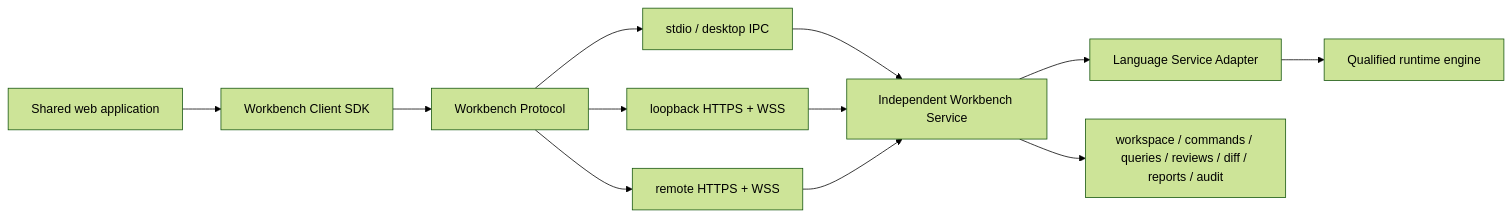
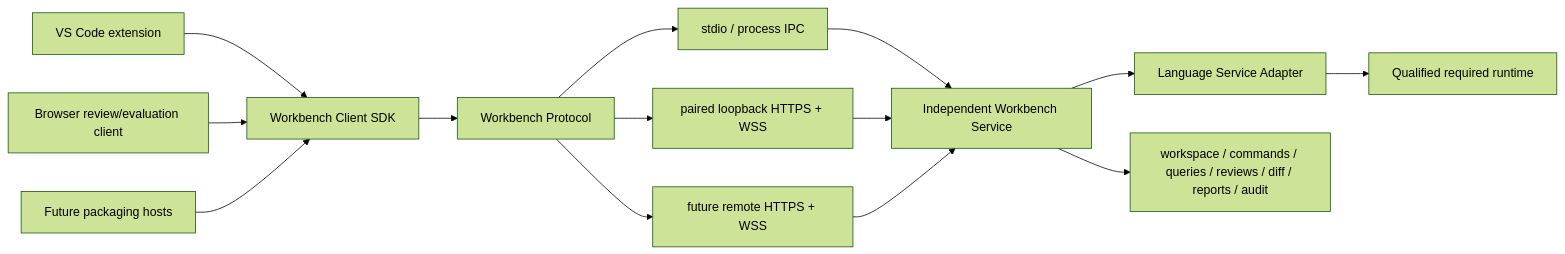
The diagram in docs/adr/ADR-003-client-service-and-deployment-architecture.md (haitaowu12/sysmlv2_viewer), drawn with Mermaid (forest theme) before and after one commit. The commit also changed other lines of this file, not shown here.

Commit message:
docs: amend deployment architecture for recovery

````diff
--- a/docs/adr/ADR-003-client-service-and-deployment-architecture.md
+++ b/docs/adr/ADR-003-client-service-and-deployment-architecture.md
@@ -21,14 +47,16 @@
 ```mermaid
 flowchart LR
-  UI["Shared web application"] --> SDK["Workbench Client SDK"]
+  VSC["VS Code extension"] --> SDK["Workbench Client SDK"]
+  WEB["Browser review/evaluation client"] --> SDK
+  FUT["Future packaging hosts"] --> SDK
   SDK --> P["Workbench Protocol"]
-  P --> T1["stdio / desktop IPC"]
-  P --> T2["loopback HTTPS + WSS"]
-  P --> T3["remote HTTPS + WSS"]
+  P --> T1["stdio / process IPC"]
+  P --> T2["paired loopback HTTPS + WSS"]
+  P --> T3["future remote HTTPS + WSS"]
   T1 --> S["Independent Workbench Service"]
   T2 --> S
   T3 --> S
   S --> A["Language Service Adapter"]
-  A --> E["Qualified runtime engine"]
+  A --> E["Qualified required runtime"]
   S --> W["workspace / commands / queries / reviews / diff / reports / audit"]
 ```
````
